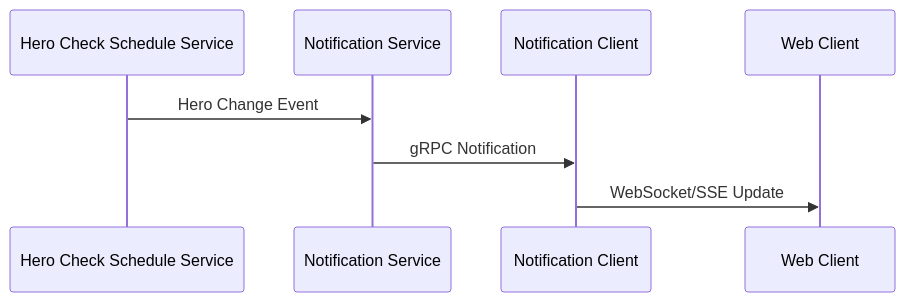
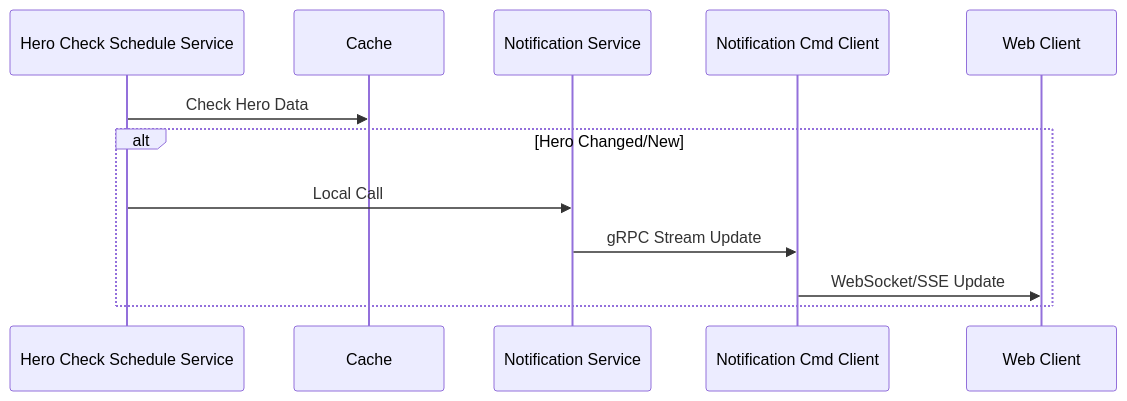
One commit to jackiedlh/SuperHeroV3 changed the fourth of 4 diagrams in docs/architecture.md. Above: the diagram before and after it, drawn with Mermaid. The commit also changed other lines of this file, not shown here.

Commit message:
update architecture diagram

````diff
--- a/docs/architecture.md
+++ b/docs/architecture.md
@@ -78,11 +103,15 @@
 ```mermaid
 sequenceDiagram
     participant HCS as Hero Check Schedule Service
+    participant Cache as Cache
     participant NS as Notification Service
-    participant NC as Notification Client
+    participant NC as Notification Cmd Client
     participant Web as Web Client
     
-    HCS->>NS: Hero Change Event
-    NS->>NC: gRPC Notification
-    NC->>Web: WebSocket/SSE Update
+    HCS->>Cache: Check Hero Data
+    alt Hero Changed/New
+        HCS->>NS: Local Call
+        NS->>NC: gRPC Stream Update
+        NC->>Web: WebSocket/SSE Update
+    end
 ```
````
